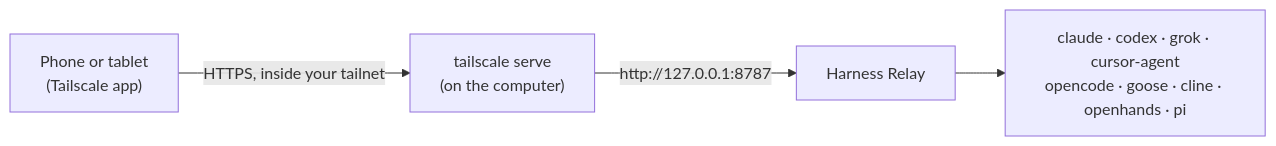
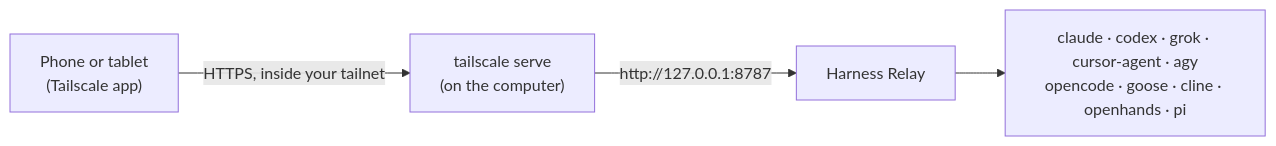
The diagram in docs/remote-access.md (Agentic-System-Lab/harness-relay), drawn with Mermaid before and after one commit. The commit also changed other lines of this file and 76 other files, not shown here.

````diff
--- a/docs/remote-access.md
+++ b/docs/remote-access.md
@@ -7,6 +7,6 @@
 ```mermaid
 flowchart LR
   P["Phone or tablet<br/>(Tailscale app)"] -- "HTTPS, inside your tailnet" --> S["tailscale serve<br/>(on the computer)"]
   S -- "http://127.0.0.1:8787" --> R["Harness Relay"]
-  R --> A["claude · codex · grok · cursor-agent<br/>opencode · goose · cline · openhands · pi"]
+  R --> A["claude · codex · grok · cursor-agent · agy<br/>opencode · goose · cline · openhands · pi"]
 ```
````
